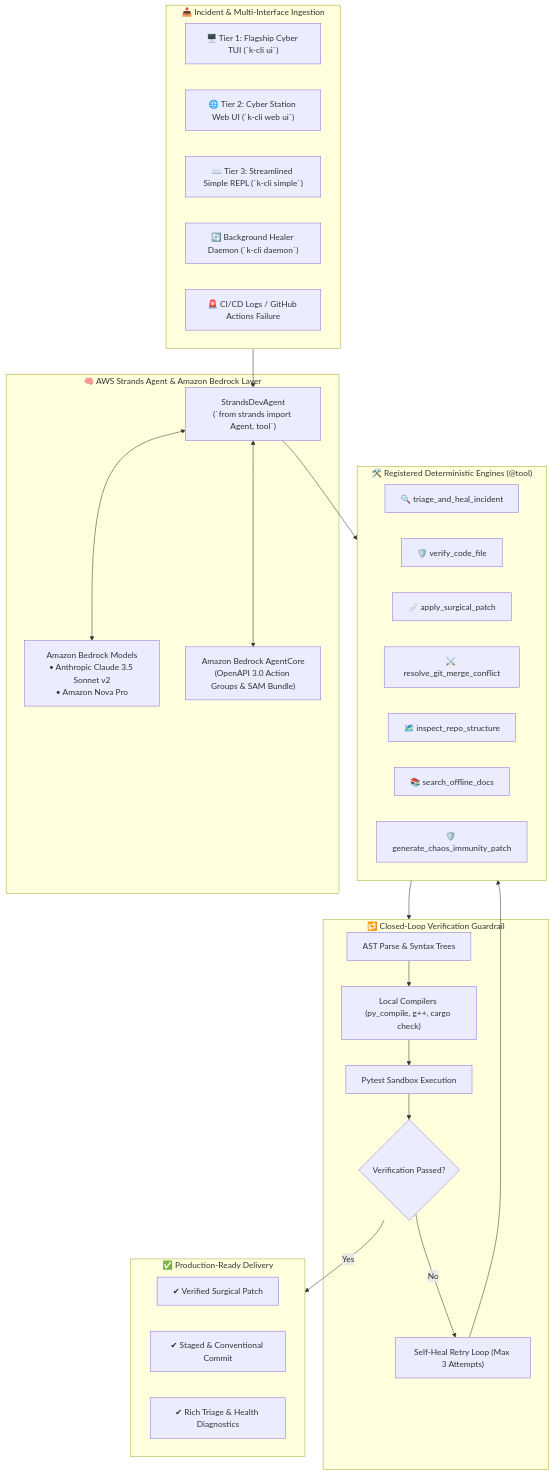
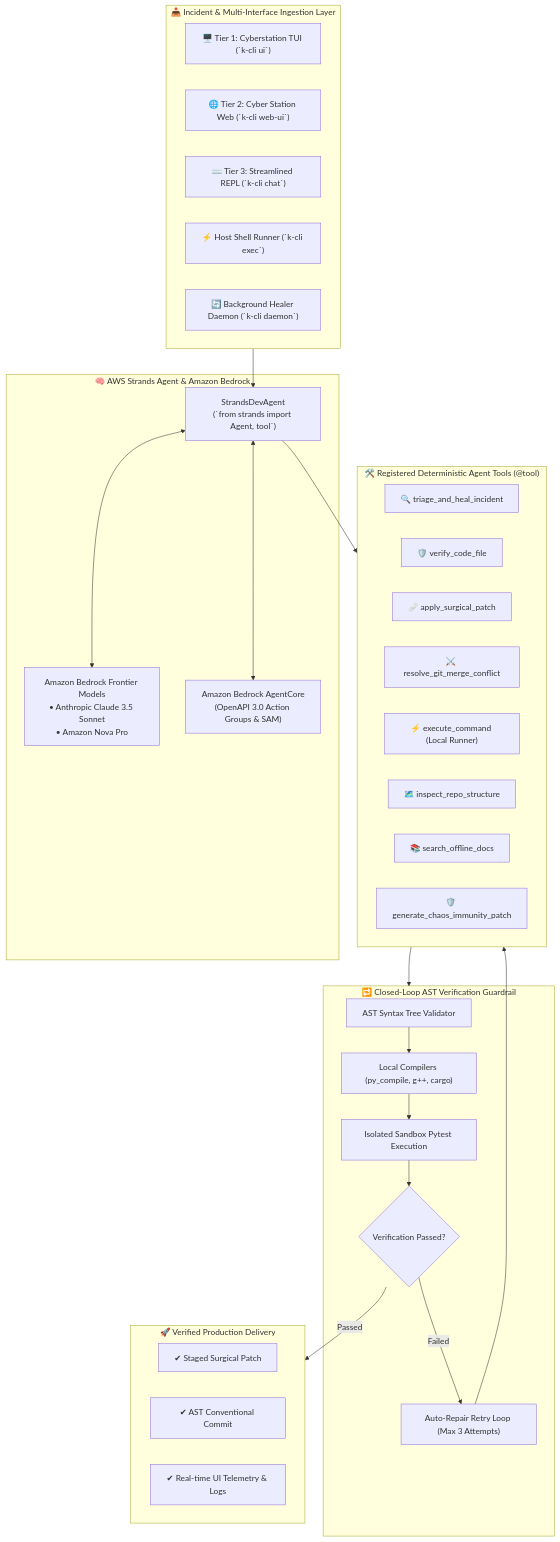
The diagram in README.md (krishivjoshi219-collab/K-Cli-for-Devs), drawn with Mermaid before and after one commit. The commit also changed other lines of this file, not shown here.

Commit message:
docs: elevate README to championship production-grade with Antigravity runner, Bedrock AgentCore, and full architecture specs

````diff
--- a/README.md
+++ b/README.md
@@ -55,49 +162,50 @@
 ```mermaid
 flowchart TD
-  subgraph Ingestion ["📥 Incident & Multi-Interface Ingestion"]
-    UI1["🖥️ Tier 1: Flagship Cyber TUI (`k-cli ui`)"]
-    UI2["🌐 Tier 2: Cyber Station Web UI (`k-cli web ui`)"]
-    UI3["⌨️ Tier 3: Streamlined Simple REPL (`k-cli simple`)"]
-    Daemon["🔄 Background Healer Daemon (`k-cli daemon`)"]
-    CI["🚨 CI/CD Logs / GitHub Actions Failure"]
-  end
+    subgraph Ingestion ["📥 Incident & Multi-Interface Ingestion Layer"]
+        TUI["🖥️ Tier 1: Cyberstation TUI (`k-cli ui`)"]
+        WEB["🌐 Tier 2: Cyber Station Web (`k-cli web-ui`)"]
+        REPL["⌨️ Tier 3: Streamlined REPL (`k-cli chat`)"]
+        EXEC["⚡ Host Shell Runner (`k-cli exec`)"]
+        DAEMON["🔄 Background Healer Daemon (`k-cli daemon`)"]
+    end
 
-  subgraph AWSBrain ["🧠 AWS Strands Agent & Amazon Bedrock Layer"]
-    Strands["StrandsDevAgent\n(`from strands import Agent, tool`)"]
-    Bedrock["Amazon Bedrock Models\n• Anthropic Claude 3.5 Sonnet v2\n• Amazon Nova Pro"]
-    AgentCore["Amazon Bedrock AgentCore\n(OpenAPI 3.0 Action Groups & SAM Bundle)"]
-    Strands <--> Bedrock
-    Strands <--> AgentCore
-  end
+    subgraph AWSStrands ["🧠 AWS Strands Agent & Amazon Bedrock"]
+        Agent["StrandsDevAgent\n(`from strands import Agent, tool`)"]
+        Bedrock["Amazon Bedrock Frontier Models\n• Anthropic Claude 3.5 Sonnet\n• Amazon Nova Pro"]
+        AgentCore["Amazon Bedrock AgentCore\n(OpenAPI 3.0 Action Groups & SAM)"]
+        Agent <--> Bedrock
+        Agent <--> AgentCore
+    end
 
-  subgraph Tools ["🛠️ Registered Deterministic Engines (@tool)"]
-    T1["🔍 triage_and_heal_incident"]
-    T2["🛡️ verify_code_file"]
-    T3["🩹 apply_surgical_patch"]
-    T4["⚔️ resolve_git_merge_conflict"]
-    T5["🗺️ inspect_repo_structure"]
-    T6["📚 search_offline_docs"]
-    T7["🛡️ generate_chaos_immunity_patch"]
-  end
+    subgraph Tools ["🛠️ Registered Deterministic Agent Tools (@tool)"]
+        T1["🔍 triage_and_heal_incident"]
+        T2["🛡️ verify_code_file"]
+        T3["🩹 apply_surgical_patch"]
+        T4["⚔️ resolve_git_merge_conflict"]
+        T5["⚡ execute_command (Local Runner)"]
+        T6["🗺️ inspect_repo_structure"]
+        T7["📚 search_offline_docs"]
+        T8["🛡️ generate_chaos_immunity_patch"]
+    end
 
-  subgraph Loop ["🔁 Closed-Loop Verification Guardrail"]
-    AST["AST Parse & Syntax Trees"]
-    Comp["Local Compilers (py_compile, g++, cargo check)"]
-    Test["Pytest Sandbox Execution"]
-    Pass{"Verification Passed?"}
-    Retry["Self-Heal Retry Loop (Max 3 Attempts)"]
-  end
+    subgraph Guardrails ["🔁 Closed-Loop AST Verification Guardrail"]
+        AST["AST Syntax Tree Validator"]
+        Compiler["Local Compilers (py_compile, g++, cargo)"]
+        Pytest["Isolated Sandbox Pytest Execution"]
+        Gate{"Verification Passed?"}
+        Retry["Auto-Repair Retry Loop (Max 3 Attempts)"]
+    end
 
-  subgraph Output ["✅ Production-Ready Delivery"]
-    Patch["✔ Verified Surgical Patch"]
-    Git["✔ Staged & Conventional Commit"]
-    Report["✔ Rich Triage & Health Diagnostics"]
-  end
+    subgraph Delivery ["🚀 Verified Production Delivery"]
+        Patch["✔ Staged Surgical Patch"]
+        Commit["✔ AST Conventional Commit"]
+        Output["✔ Real-time UI Telemetry & Logs"]
+    end
 
-  Ingestion --> Strands
-  Strands --> Tools
-  Tools --> Loop
-  AST --> Comp --> Test --> Pass
-  Pass -- No --> Retry --> Tools
-  Pass -- Yes --> Output
+    Ingestion --> Agent
+    Agent --> Tools
+    Tools --> Guardrails
+    AST --> Compiler --> Pytest --> Gate
+    Gate -- "Failed" --> Retry --> Tools
+    Gate -- "Passed" --> Delivery
 ```
````
